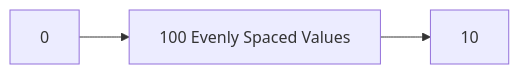
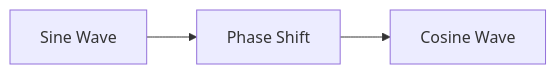
One commit to Balasubramanian-pg/MSC.-Data-Science-AI changed the diagram in Trimester 1/Data Visualization & Storytelling/W07 - Moduel 4a.  Python Matplotlib/L21/Reading/Lesson 21 Notes/Visual Intuition.md. Above: the diagram before and after it, drawn with Mermaid.

Commit message:
Add split section: Visual Intuition

````diff
--- a/Trimester 1/Data Visualization & Storytelling/W07 - Moduel 4a.  Python Matplotlib/L21/Reading/Lesson 21 Notes/Visual Intuition.md
+++ b/Trimester 1/Data Visualization & Storytelling/W07 - Moduel 4a.  Python Matplotlib/L21/Reading/Lesson 21 Notes/Visual Intuition.md
@@ -3,4 +3,5 @@
 ```mermaid
 flowchart LR
-    A[0] --> B[100 Evenly Spaced Values] --> C[10]
+    A[Sine Wave] --> B[Phase Shift]
+    B --> C[Cosine Wave]
 ```
````
